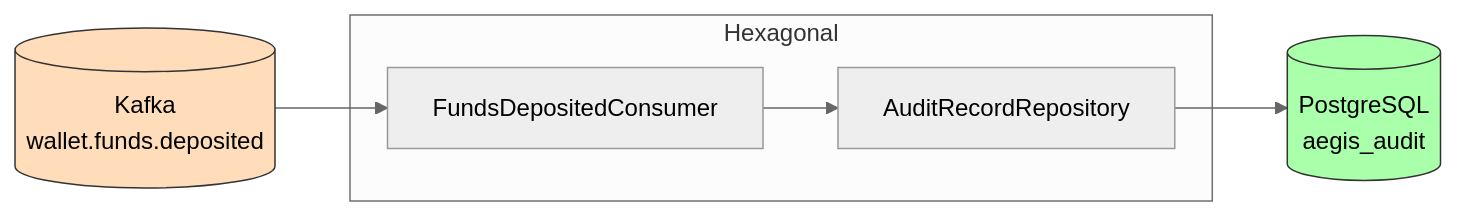
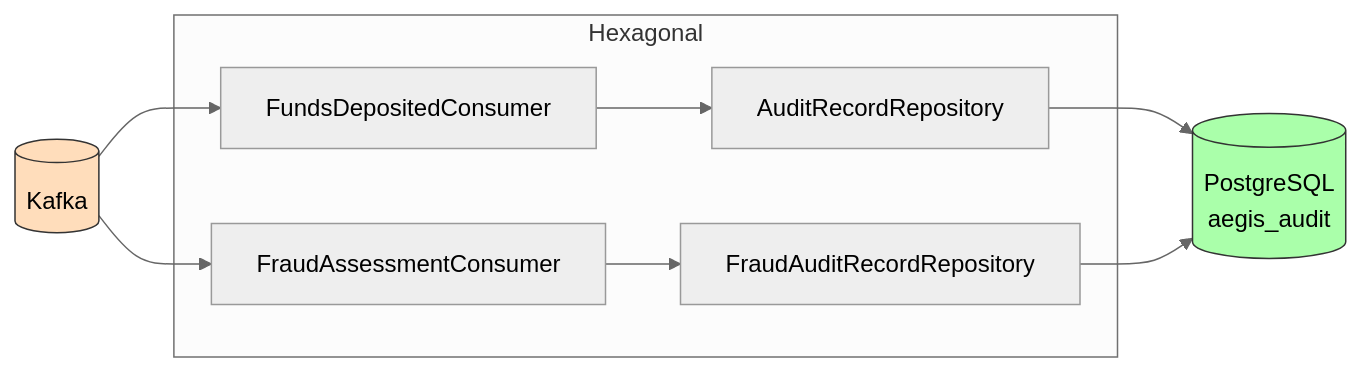
Before and after one commit to AlexAlvarezGallardo-GitHub/Aegis: the first of 2 diagrams in docs/obsidian/01 - Services/Audit Service.md, drawn with Mermaid (neutral theme). The commit also changed other lines of this file and 66 other files, not shown here.

````diff
--- a/docs/obsidian/01 - Services/Audit Service.md
+++ b/docs/obsidian/01 - Services/Audit Service.md
@@ -15,12 +15,17 @@
 ```mermaid
 graph LR
-    Kafka[("Kafka<br/>wallet.funds.deposited")] --> Consumer[FundsDepositedConsumer]
-    Consumer --> Repo[AuditRecordRepository]
-    Repo --> DB[(PostgreSQL<br/>aegis_audit)]
+    Kafka[("Kafka")] --> Consumer1[FundsDepositedConsumer]
+    Kafka --> Consumer2[FraudAssessmentConsumer]
+    Consumer1 --> Repo1[AuditRecordRepository]
+    Consumer2 --> Repo2[FraudAuditRecordRepository]
+    Repo1 --> DB[(PostgreSQL<br/>aegis_audit)]
+    Repo2 --> DB
     subgraph "Hexagonal"
-        Consumer
-        Repo
+        Consumer1
+        Consumer2
+        Repo1
+        Repo2
     end
     style Kafka fill:#fdb,stroke:#333
     style DB fill:#afa,stroke:#333
 ```
````
